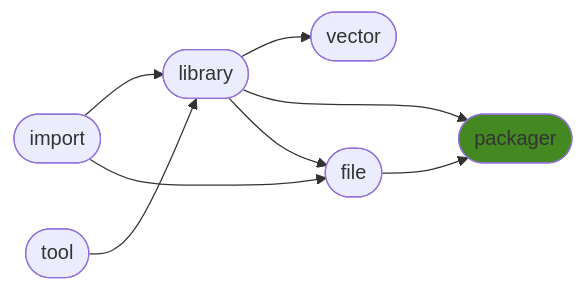
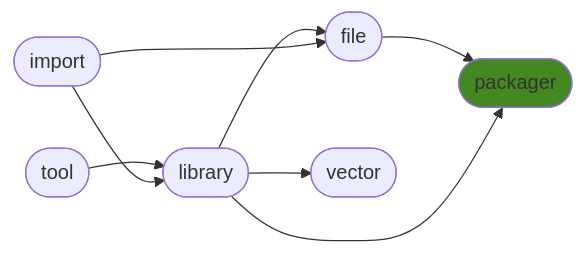
Before and after one commit to ManderaGeneral/generalpackager: the diagram in README.md, drawn with Mermaid. The commit also changed other lines of this file, not shown here.

````diff
--- a/README.md
+++ b/README.md
@@ -24,17 +24,17 @@
 ```mermaid
 flowchart LR
 3([file]) --> 5([packager])
+2([library]) --> 4([vector])
+2([library]) --> 5([packager])
 1([tool]) --> 2([library])
-2([library]) --> 4([vector])
-0([import]) --> 2([library])
-2([library]) --> 5([packager])
 2([library]) --> 3([file])
 0([import]) --> 3([file])
+0([import]) --> 2([library])
 click 0 "https://github.com/ManderaGeneral/generalimport"
 click 1 "https://github.com/ManderaGeneral/generaltool"
 click 2 "https://github.com/ManderaGeneral/generallibrary"
 click 3 "https://github.com/ManderaGeneral/generalfile"
 click 4 "https://github.com/ManderaGeneral/generalvector"
 click 5 "https://github.com/ManderaGeneral/generalpackager"
 style 5 fill:#482
 ```
````
